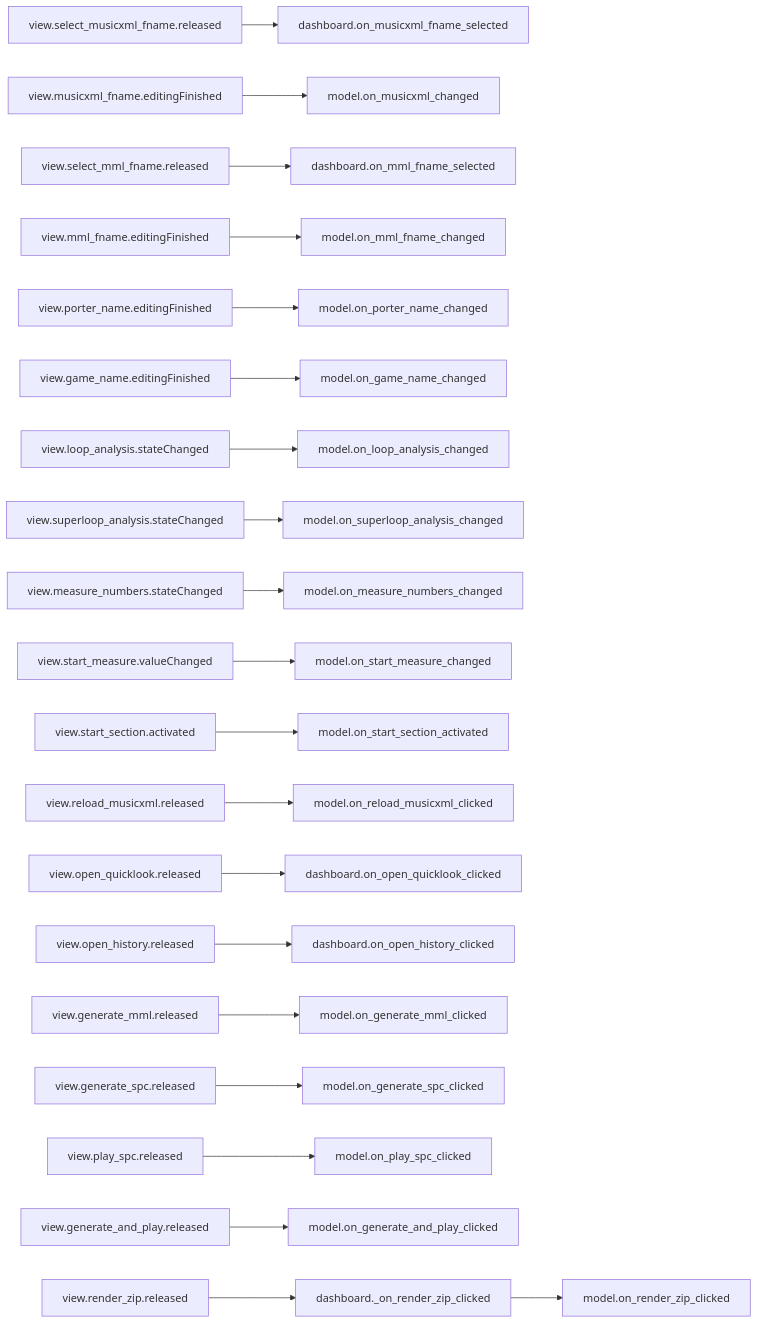
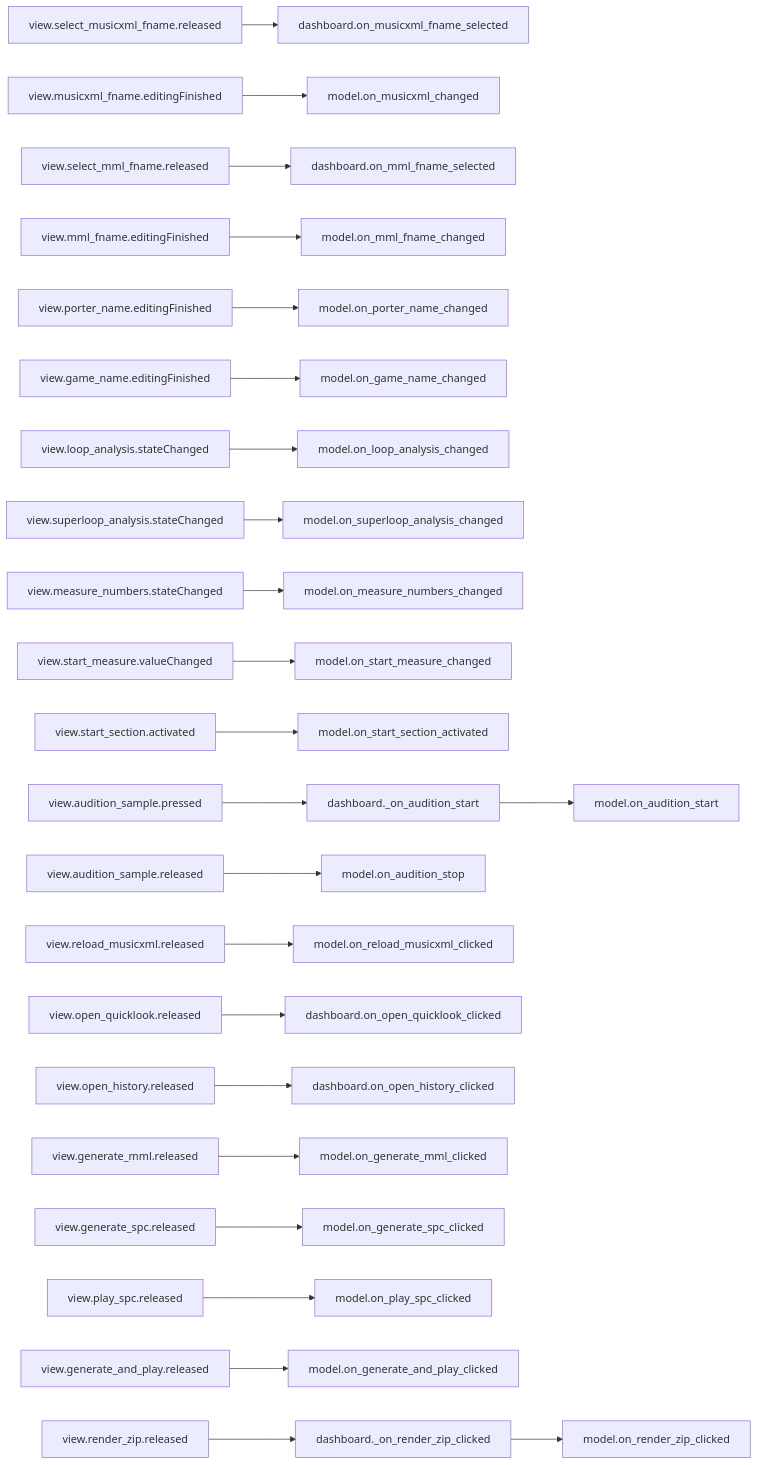
Before and after one commit to com-posers-pit/smw_music: the third of 10 diagrams in doc/source/dashboard_signal_slot_map.rst, drawn with Mermaid. The commit also changed 4 other files, not shown here.

First line of the commit message:
Add audition sample button and note select

```diff
--- a/doc/source/dashboard_signal_slot_map.rst
+++ b/doc/source/dashboard_signal_slot_map.rst
@@ -61,22 +61,24 @@
 .. mermaid::
 
    flowchart LR
       view.select_musicxml_fname.released --> dashboard.on_musicxml_fname_selected
       view.musicxml_fname.editingFinished --> model.on_musicxml_changed
       view.select_mml_fname.released --> dashboard.on_mml_fname_selected
       view.mml_fname.editingFinished --> model.on_mml_fname_changed
       view.porter_name.editingFinished --> model.on_porter_name_changed
       view.game_name.editingFinished --> model.on_game_name_changed
       view.loop_analysis.stateChanged --> model.on_loop_analysis_changed
       view.superloop_analysis.stateChanged --> model.on_superloop_analysis_changed
       view.measure_numbers.stateChanged --> model.on_measure_numbers_changed
       view.start_measure.valueChanged --> model.on_start_measure_changed
       view.start_section.activated --> model.on_start_section_activated
+      view.audition_sample.pressed --> dashboard._on_audition_start --> model.on_audition_start
+      view.audition_sample.released --> model.on_audition_stop
       view.reload_musicxml.released --> model.on_reload_musicxml_clicked
       view.open_quicklook.released --> dashboard.on_open_quicklook_clicked
       view.open_history.released --> dashboard.on_open_history_clicked
       view.generate_mml.released --> model.on_generate_mml_clicked
       view.generate_spc.released --> model.on_generate_spc_clicked
       view.play_spc.released --> model.on_play_spc_clicked
       view.generate_and_play.released --> model.on_generate_and_play_clicked
       view.render_zip.released --> dashboard._on_render_zip_clicked --> model.on_render_zip_clicked
```
